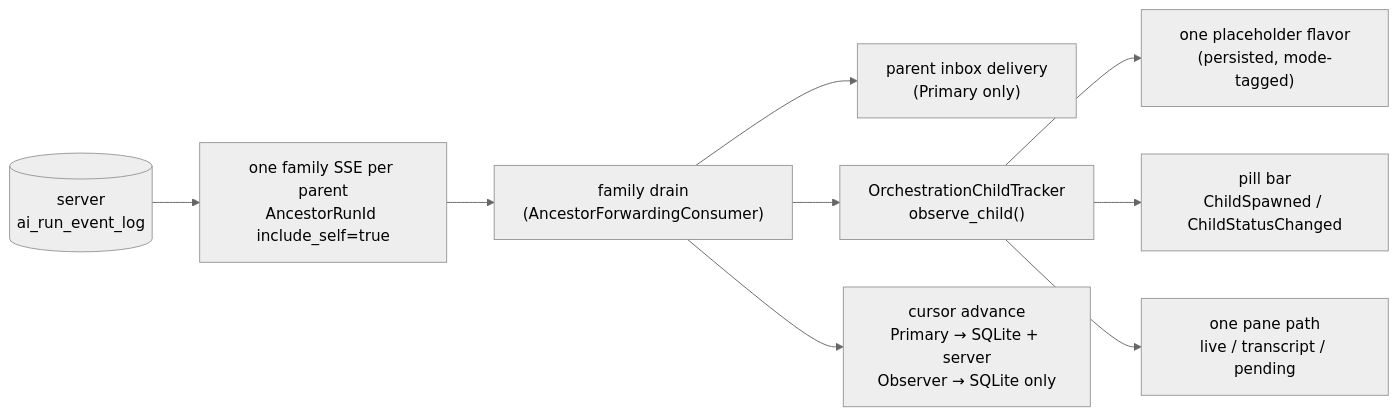
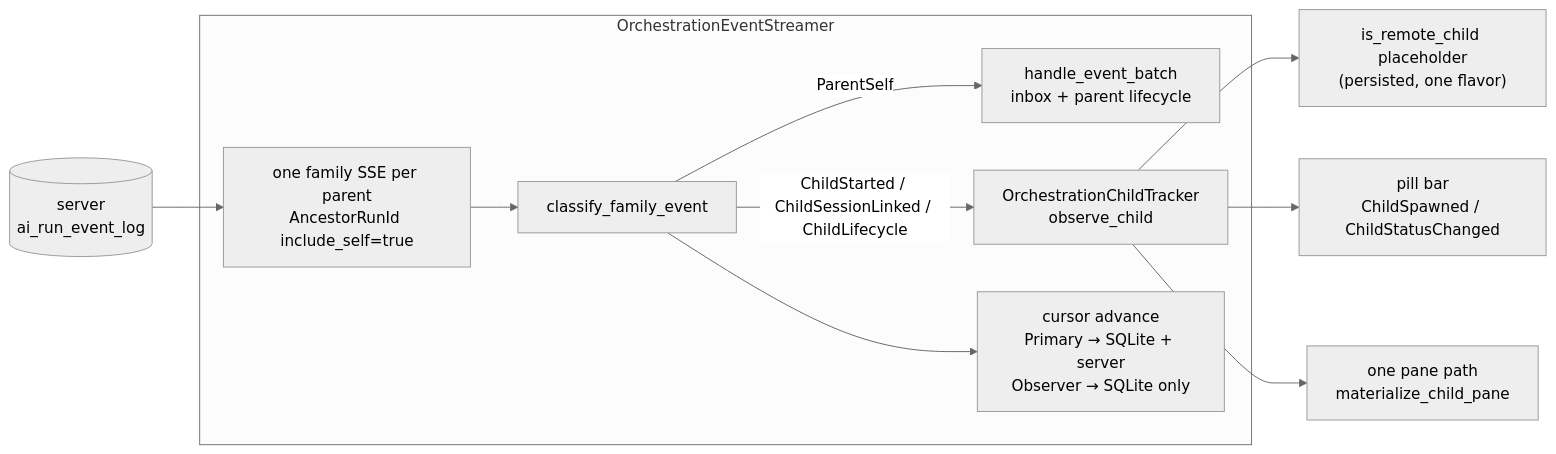
Before and after one commit to Aryan795/warp: the diagram in specs/QUALITY-928/TECH.md, drawn with Mermaid (neutral theme). The commit also changed other lines of this file, not shown here.

Commit message:
Fold hydration + parent-restore design into TECH.md

````diff
--- a/specs/QUALITY-928/TECH.md
+++ b/specs/QUALITY-928/TECH.md
@@ -488,11 +179,13 @@
 ```mermaid
 flowchart LR
   LOG[("server<br/>ai_run_event_log")] --> FS["one family SSE per parent<br/>AncestorRunId include_self=true"]
-  FS --> FD["family drain<br/>(AncestorForwardingConsumer)"]
-  FD --> INBOX["parent inbox delivery<br/>(Primary only)"]
-  FD --> TRK["OrchestrationChildTracker<br/>observe_child()"]
-  FD --> CUR["cursor advance<br/>Primary → SQLite + server<br/>Observer → SQLite only"]
-  TRK --> PLH["one placeholder flavor<br/>(persisted, mode-tagged)"]
+  subgraph STREAMER["OrchestrationEventStreamer"]
+    FS --> CF["classify_family_event"]
+    CF -->|ParentSelf| HEB["handle_event_batch<br/>inbox + parent lifecycle"]
+    CF -->|ChildStarted / ChildSessionLinked / ChildLifecycle| TRK["OrchestrationChildTracker<br/>observe_child"]
+    CF --> CUR["cursor advance<br/>Primary → SQLite + server<br/>Observer → SQLite only"]
+  end
+  TRK --> PLH["is_remote_child placeholder<br/>(persisted, one flavor)"]
   TRK --> PB["pill bar<br/>ChildSpawned / ChildStatusChanged"]
-  TRK --> MAT["one pane path<br/>live / transcript / pending"]
+  TRK --> MAT["one pane path<br/>materialize_child_pane"]
 ```
````
